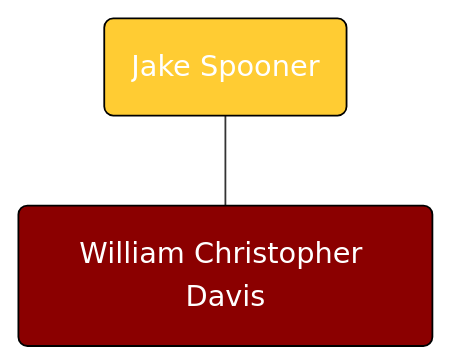
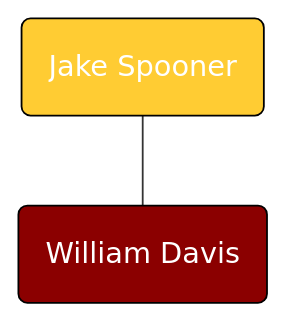
Before and after one commit to gianlezotte/familytree: the diagram in Jake Spooner’s Line.md, drawn with Mermaid. The commit also changed 19 other files, not shown here.

````diff
--- a/Jake Spooner’s Line.md
+++ b/Jake Spooner’s Line.md
@@ -1,12 +1,12 @@
 ```mermaid
 flowchart TD
 
 %% Colors %%
 
-classDef blue fill:#8B0000,stroke:#000,color:#FFF
-classDef green fill:#FFCC33,stroke:#000,color:#FFF
+classDef red fill:#8B0000,stroke:#000,color:#FFF
+classDef gold fill:#FFCC33,stroke:#000,color:#FFF
 
 %% Jake Spooner's Line %%
-M243(Jake Spooner):::green---M310
-M310(William Christopher Davis):::blue
+M243(Jake Spooner):::gold---M310
+M310(William Davis):::red
 ```
````
